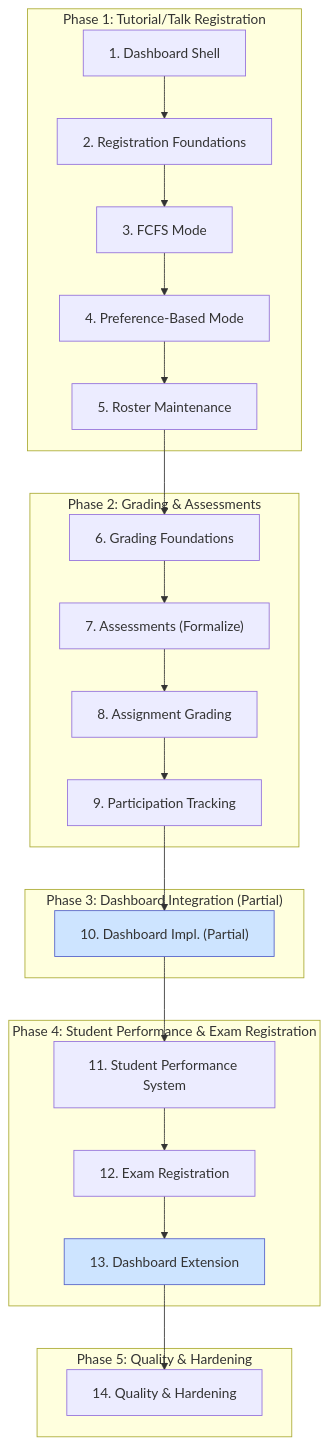
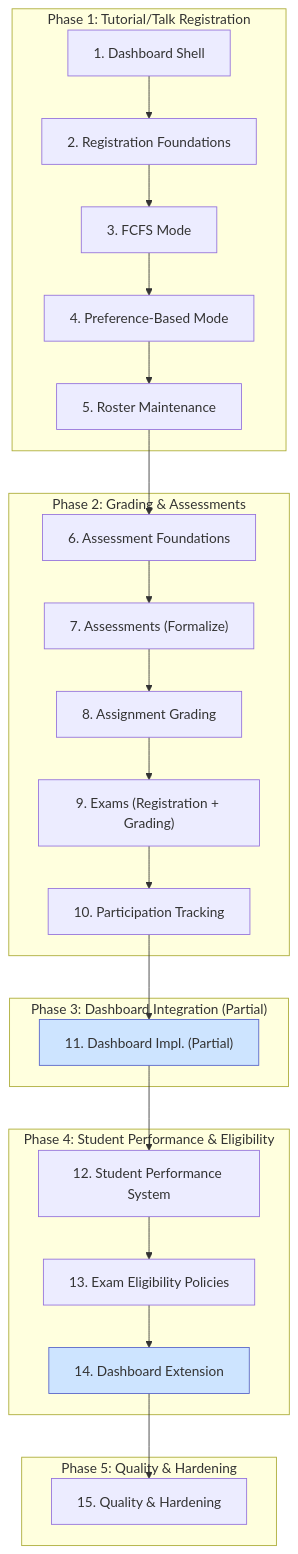
The diagram in architecture/src/features/plan.md (MaMpf-HD/mampf), drawn with Mermaid before and after one commit. The commit also changed other lines of this file and 1 other file, not shown here.

First line of the commit message:
Update implementation roadmap (#1018)

````diff
--- a/architecture/src/features/plan.md
+++ b/architecture/src/features/plan.md
@@ -18,33 +18,34 @@
 ```mermaid
 graph TD
     subgraph "Phase 1: Tutorial/Talk Registration"
         S1["1. Dashboard Shell"] --> S2["2. Registration Foundations"];
         S2 --> S3["3. FCFS Mode"];
         S3 --> S4["4. Preference-Based Mode"];
         S4 --> S5["5. Roster Maintenance"];
     end
 
     subgraph "Phase 2: Grading & Assessments"
-        S5 --> S6["6. Grading Foundations"];
+        S5 --> S6["6. Assessment Foundations"];
         S6 --> S7["7. Assessments (Formalize)"];
         S7 --> S8["8. Assignment Grading"];
-        S8 --> S9["9. Participation Tracking"];
+        S8 --> S9["9. Exams (Registration + Grading)"];
+        S9 --> S10["10. Participation Tracking"];
     end
 
     subgraph "Phase 3: Dashboard Integration (Partial)"
-        S9 --> S10["10. Dashboard Impl. (Partial)"];
+        S10 --> S11["11. Dashboard Impl. (Partial)"];
     end
 
-    subgraph "Phase 4: Student Performance & Exam Registration"
-        S10 --> S11["11. Student Performance System"];
-        S11 --> S12["12. Exam Registration"];
-        S12 --> S13["13. Dashboard Extension"];
+    subgraph "Phase 4: Student Performance & Eligibility"
+        S11 --> S12["12. Student Performance System"];
+        S12 --> S13["13. Exam Eligibility Policies"];
+        S13 --> S14["14. Dashboard Extension"];
     end
 
     subgraph "Phase 5: Quality & Hardening"
-        S13 --> S14["14. Quality & Hardening"];
+        S14 --> S15["15. Quality & Hardening"];
     end
 
-    style S10 fill:#cde4ff,stroke:#5461c8
-    style S13 fill:#cde4ff,stroke:#5461c8
+    style S11 fill:#cde4ff,stroke:#5461c8
+    style S14 fill:#cde4ff,stroke:#5461c8
 ```
````
